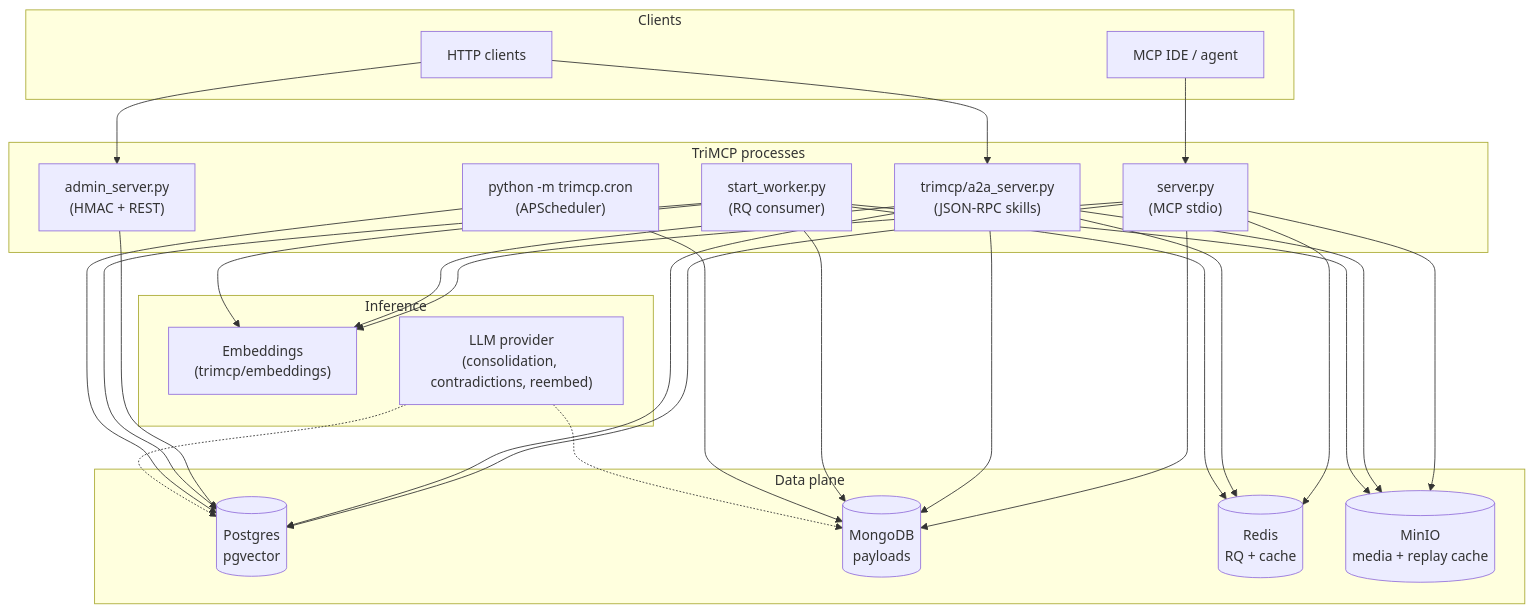
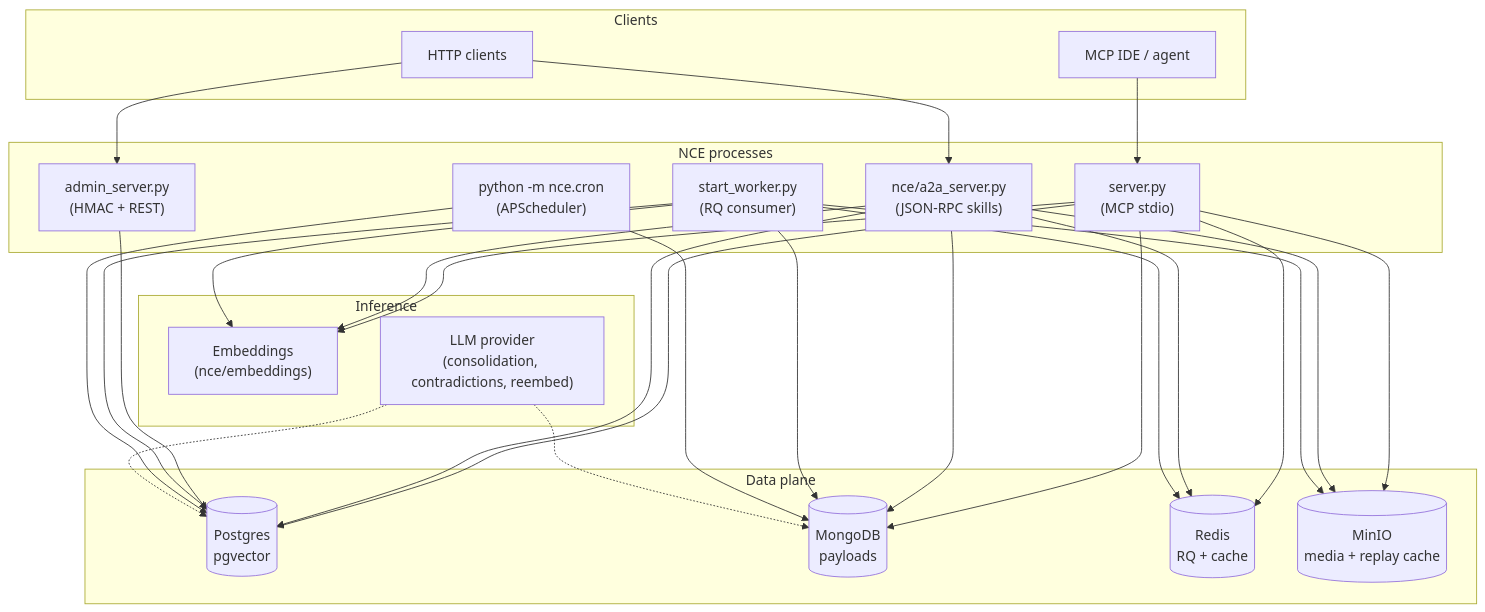
One commit to sindrehaugen/TriMCP changed the first of 4 diagrams in docs/architecture-v1.md. Above: the diagram before and after it, drawn with Mermaid. The commit also changed other lines of this file and 498 other files, not shown here.

First line of the commit message:
Rebrand TriMCP → NCE (Neuro-Cognitive Engine) Phase 1

````diff
--- a/docs/architecture-v1.md
+++ b/docs/architecture-v1.md
@@ -11,56 +11,56 @@
 ```mermaid
 flowchart TB
   subgraph Clients
     MCPc[MCP IDE / agent]
     HTTPc[HTTP clients]
   end
 
-  subgraph Processes["TriMCP processes"]
+  subgraph Processes["NCE processes"]
     MCPsrv["server.py\n(MCP stdio)"]
-    A2Asrv["trimcp/a2a_server.py\n(JSON-RPC skills)"]
+    A2Asrv["nce/a2a_server.py\n(JSON-RPC skills)"]
     Admin["admin_server.py\n(HMAC + REST)"]
-    Cron["python -m trimcp.cron\n(APScheduler)"]
+    Cron["python -m nce.cron\n(APScheduler)"]
     Worker["start_worker.py\n(RQ consumer)"]
   end
 
   subgraph Stores["Data plane"]
     PG[("Postgres\npgvector")]
     MG[("MongoDB\npayloads")]
     RD[("Redis\nRQ + cache")]
     S3[("MinIO\nmedia + replay cache")]
   end
 
   subgraph Cognitive["Inference"]
-    Emb["Embeddings\n(trimcp/embeddings)"]
+    Emb["Embeddings\n(nce/embeddings)"]
     Prov["LLM provider\n(consolidation, contradictions, reembed)"]
   end
 
   MCPc --> MCPsrv
   HTTPc --> A2Asrv
   HTTPc --> Admin
 
   MCPsrv --> PG
   MCPsrv --> MG
   MCPsrv --> RD
   MCPsrv --> S3
   MCPsrv --> Emb
 
   A2Asrv --> PG
   A2Asrv --> MG
   A2Asrv --> RD
   A2Asrv --> S3
   A2Asrv --> Emb
 
   Admin --> PG
   Worker --> PG
   Worker --> MG
   Worker --> RD
   Worker --> S3
   Worker --> Emb
 
   Cron --> PG
   Cron --> MG
 
   Prov -.-> PG
   Prov -.-> MG
 ```
````
